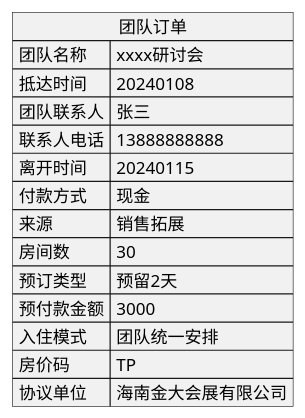
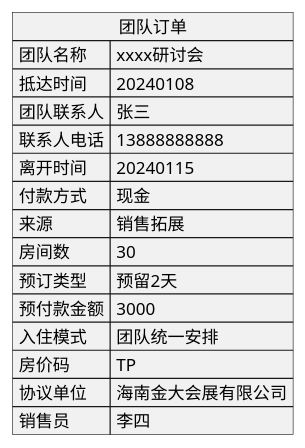
The third of 3 diagrams in docs.md (hnviqz/plantuml), drawn with PlantUML before and after one commit.

Commit message:
modify docs.md add saler

````diff
--- a/docs.md
+++ b/docs.md
@@ -53,20 +53,21 @@
 ```plantuml
 @startuml
 json 团队订单{
   "团队名称":"xxxx研讨会",
   "抵达时间":"20240108",
   "团队联系人":"张三",
   "联系人电话":"13888888888",
   "离开时间":"20240115",
   "付款方式":"现金",
   "来源":"销售拓展",
   "房间数":"30",
   "预订类型":"预留2天",
   "预付款金额":"3000",
   "入住模式":"团队统一安排",
   "房价码":"TP",
-  "协议单位":"海南金大会展有限公司"
+  "协议单位":"海南金大会展有限公司",
+  "销售员":"李四"
 }
 
 @enduml
 ```
````
